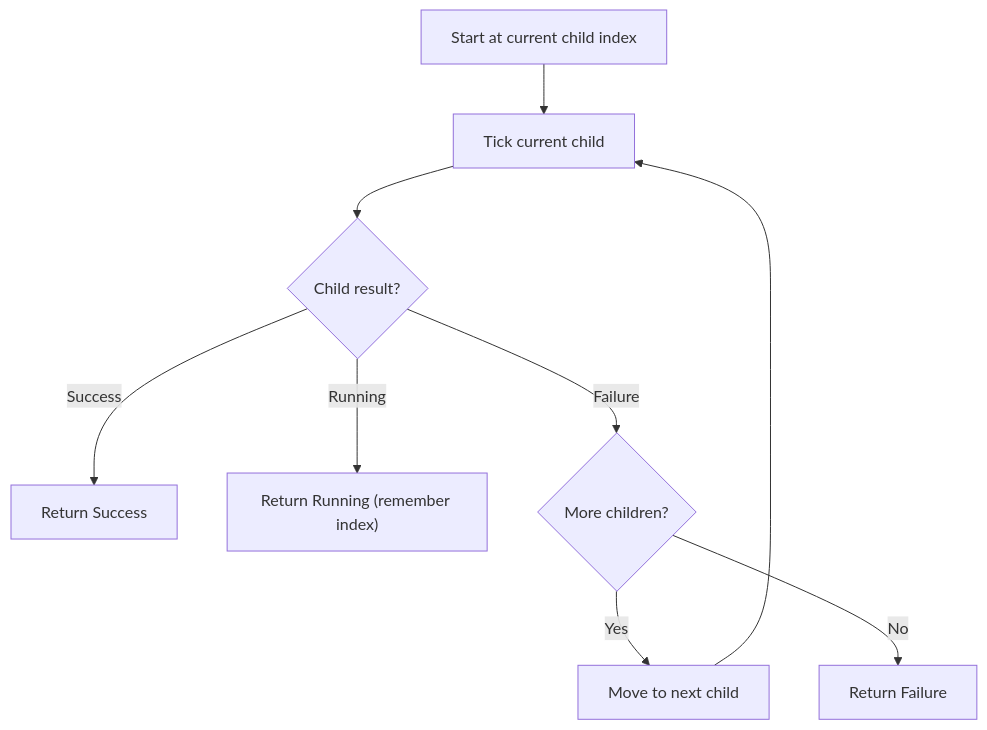
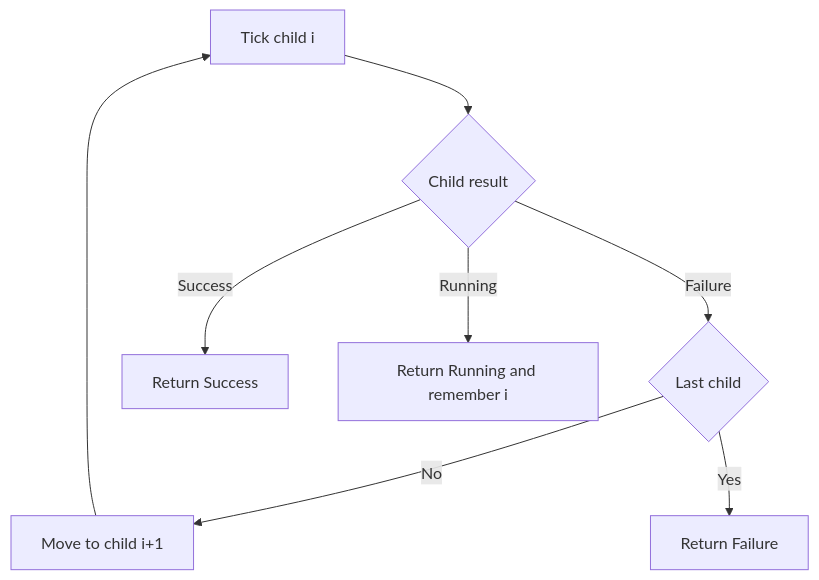
One commit to kaeladair/arbor changed the third of 4 diagrams in README.md. Above: the diagram before and after it, drawn with Mermaid. The commit also changed other lines of this file, not shown here.

````diff
--- a/README.md
+++ b/README.md
@@ -85,10 +146,9 @@
 ```mermaid
 flowchart TD
-    Start["Start at current child index"] --> TickChild["Tick current child"]
-    TickChild --> Result{"Child result?"}
-    Result -->|Success| Succ["Return Success"]
-    Result -->|Running| Run["Return Running (remember index)"]
-    Result -->|Failure| More{"More children?"}
-    More -->|Yes| Next["Move to next child"] --> TickChild
-    More -->|No| Fail["Return Failure"]
+    A["Tick child i"] --> B{"Child result"}
+    B -->|Failure| C{"Last child"}
+    C -->|No| D["Move to child i+1"] --> A
+    C -->|Yes| E["Return Failure"]
+    B -->|Success| F["Return Success"]
+    B -->|Running| G["Return Running and remember i"]
 ```
````
